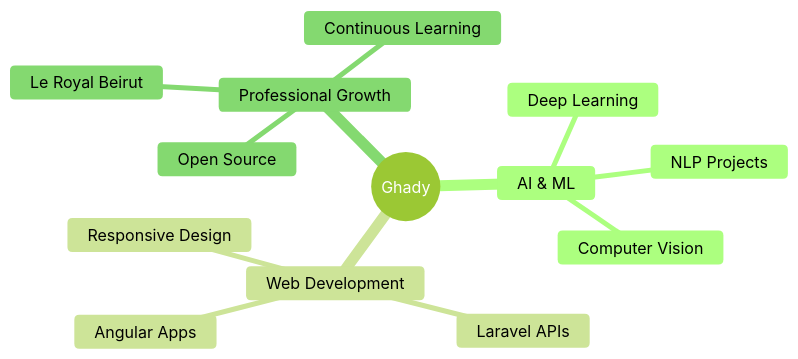
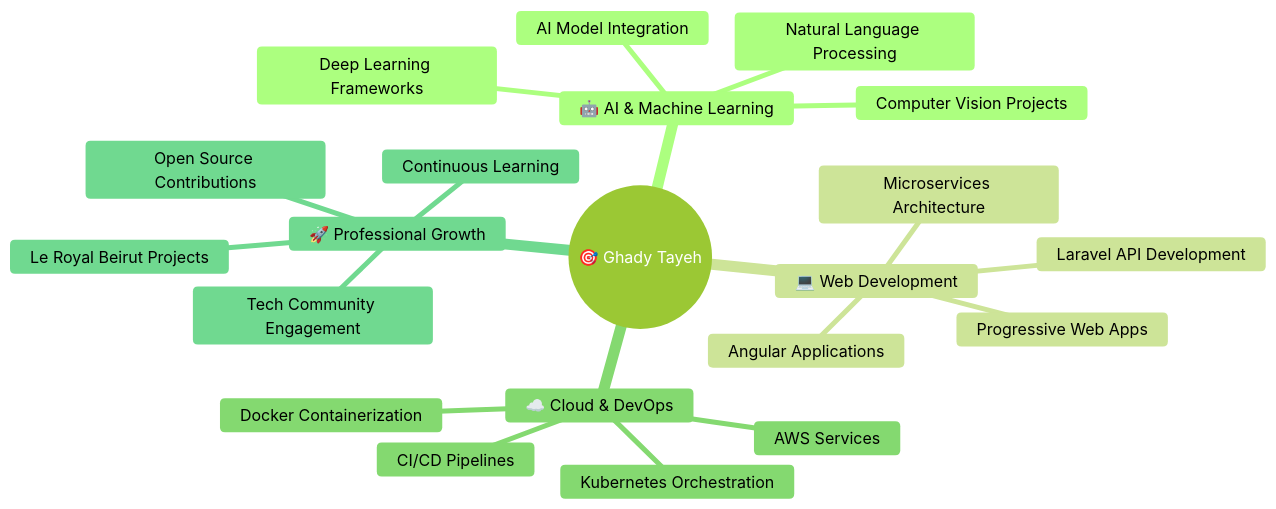
Before and after one commit to ghady7/ghady7: the diagram in README.md, drawn with Mermaid (forest theme). The commit also changed other lines of this file, not shown here.

````diff
--- a/README.md
+++ b/README.md
@@ -136,16 +268,24 @@
 ```mermaid
 mindmap
-  root((Ghady))
-    AI & ML
-      Deep Learning
-      NLP Projects
-      Computer Vision
-    Web Development
-      Angular Apps
-      Laravel APIs
-      Responsive Design
-    Professional Growth
-      Le Royal Beirut
-      Open Source
+  root((🎯 Ghady Tayeh))
+    🤖 AI & Machine Learning
+      Deep Learning Frameworks
+      Natural Language Processing
+      Computer Vision Projects
+      AI Model Integration
+    💻 Web Development
+      Angular Applications
+      Laravel API Development
+      Microservices Architecture
+      Progressive Web Apps
+    ☁️ Cloud & DevOps
+      AWS Services
+      Docker Containerization
+      CI/CD Pipelines
+      Kubernetes Orchestration
+    🚀 Professional Growth
+      Le Royal Beirut Projects
+      Open Source Contributions
+      Tech Community Engagement
       Continuous Learning
 ```
````
